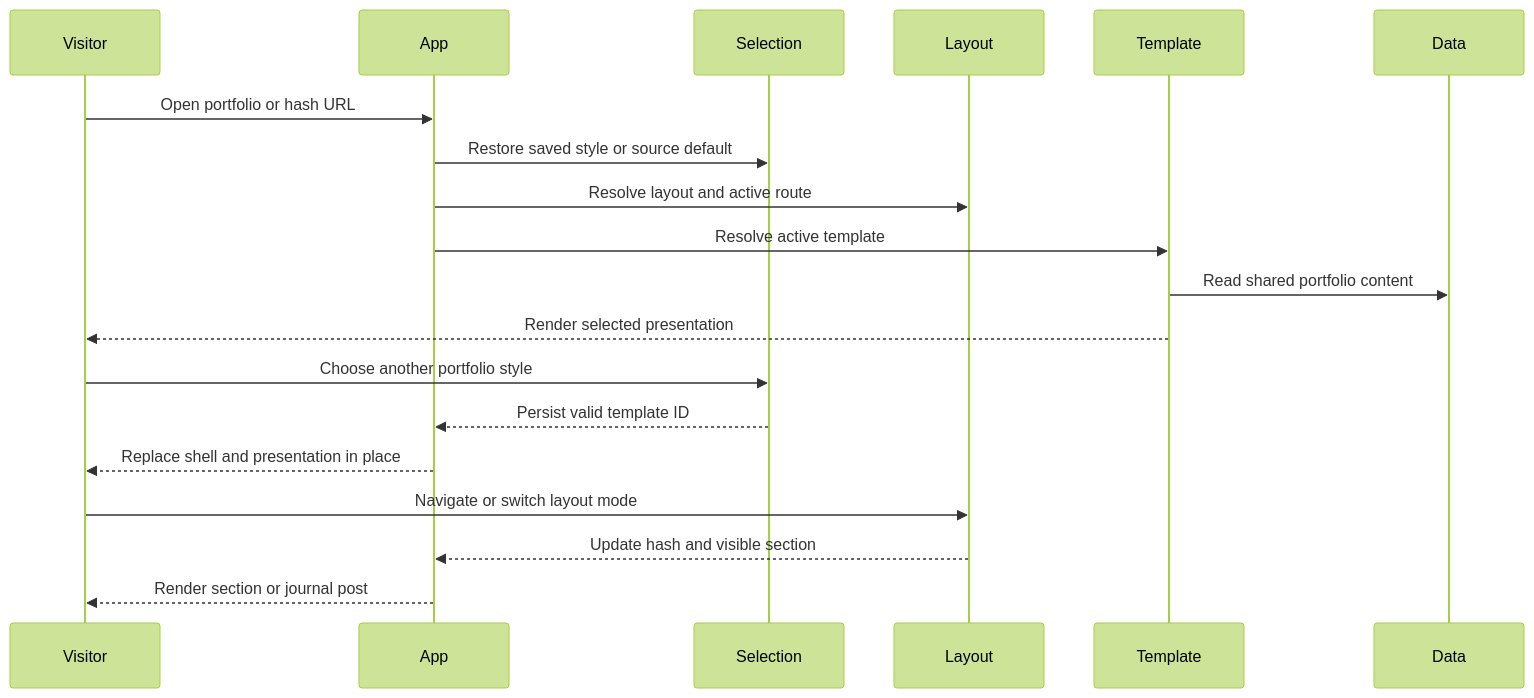
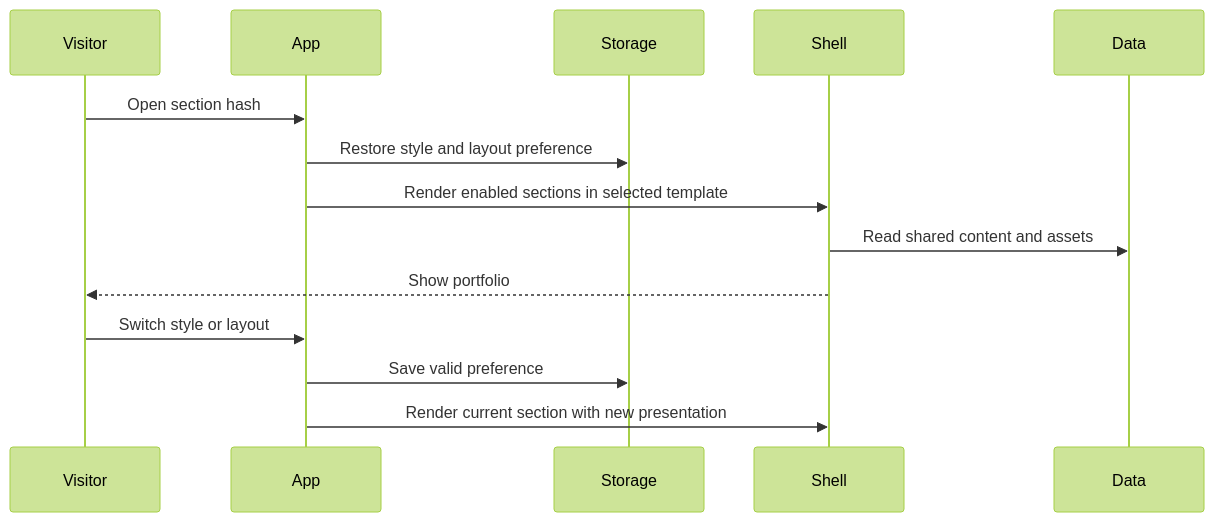
Before and after one commit to TranNguyenVu-code/nguyenvu.github.io: the second of 2 diagrams in aidlc-docs/inception/reverse-engineering/architecture.md, drawn with Mermaid (forest theme). The commit also changed other lines of this file and 150 other files, not shown here.

````diff
--- a/aidlc-docs/inception/reverse-engineering/architecture.md
+++ b/aidlc-docs/inception/reverse-engineering/architecture.md
@@ -109,22 +35,16 @@
 ```mermaid
 sequenceDiagram
     participant Visitor
     participant App
-    participant Selection
-    participant Layout
-    participant Template
+    participant Storage
+    participant Shell
     participant Data
-
-    Visitor->>App: Open portfolio or hash URL
-    App->>Selection: Restore saved style or source default
-    App->>Layout: Resolve layout and active route
-    App->>Template: Resolve active template
-    Template->>Data: Read shared portfolio content
-    Template-->>Visitor: Render selected presentation
-    Visitor->>Selection: Choose another portfolio style
-    Selection-->>App: Persist valid template ID
-    App-->>Visitor: Replace shell and presentation in place
-    Visitor->>Layout: Navigate or switch layout mode
-    Layout-->>App: Update hash and visible section
-    App-->>Visitor: Render section or journal post
+    Visitor->>App: Open section hash
+    App->>Storage: Restore style and layout preference
+    App->>Shell: Render enabled sections in selected template
+    Shell->>Data: Read shared content and assets
+    Shell-->>Visitor: Show portfolio
+    Visitor->>App: Switch style or layout
+    App->>Storage: Save valid preference
+    App->>Shell: Render current section with new presentation
 ```
````
